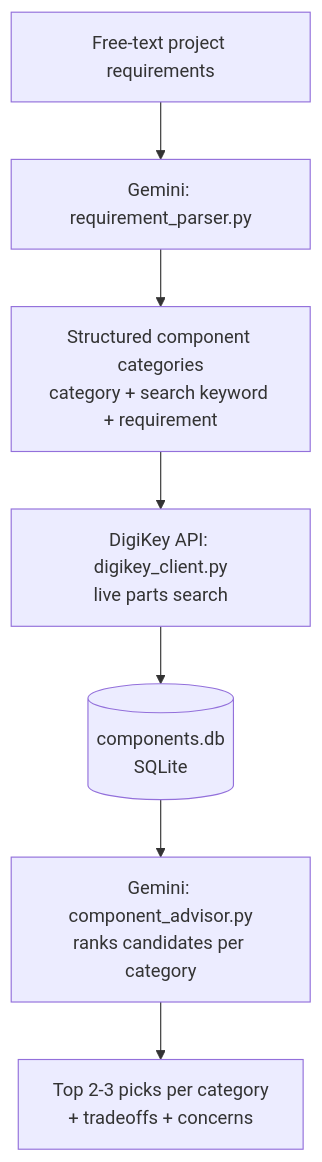
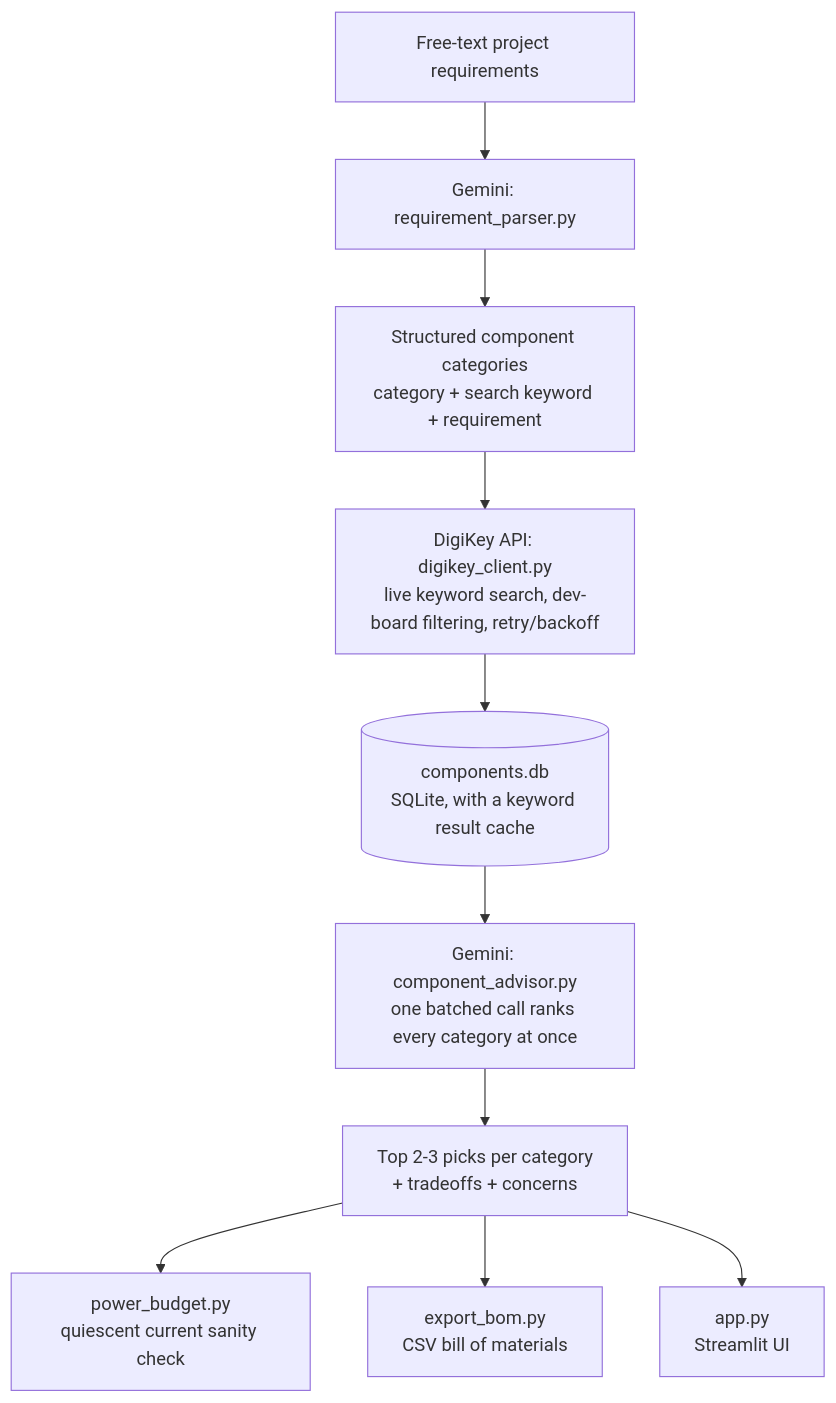
Before and after one commit to Syasrab/smart-component-selector: the diagram in README.md, drawn with Mermaid. The commit also changed other lines of this file, not shown here.

Commit message:
Update README with deployment info and current pipeline state

````diff
--- a/README.md
+++ b/README.md
@@ -15,9 +17,12 @@
 ```mermaid
 flowchart TD
     A[Free-text project requirements] --> B[Gemini: requirement_parser.py]
     B --> C[Structured component categories<br/>category + search keyword + requirement]
-    C --> D[DigiKey API: digikey_client.py<br/>live parts search]
-    D --> E[(components.db<br/>SQLite)]
-    E --> F[Gemini: component_advisor.py<br/>ranks candidates per category]
+    C --> D[DigiKey API: digikey_client.py<br/>live keyword search, dev-board filtering, retry/backoff]
+    D --> E[(components.db<br/>SQLite, with a keyword result cache)]
+    E --> F[Gemini: component_advisor.py<br/>one batched call ranks every category at once]
     F --> G[Top 2-3 picks per category<br/>+ tradeoffs + concerns]
+    G --> H[power_budget.py<br/>quiescent current sanity check]
+    G --> I[export_bom.py<br/>CSV bill of materials]
+    G --> J[app.py<br/>Streamlit UI]
 ```
````
